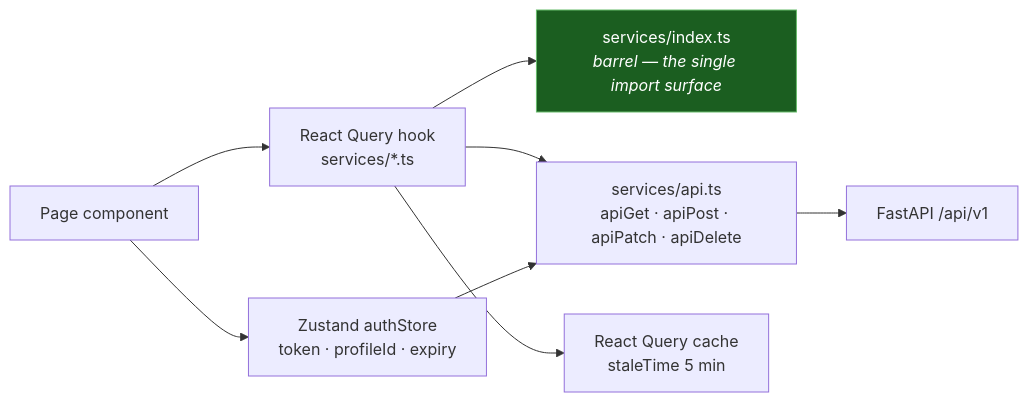
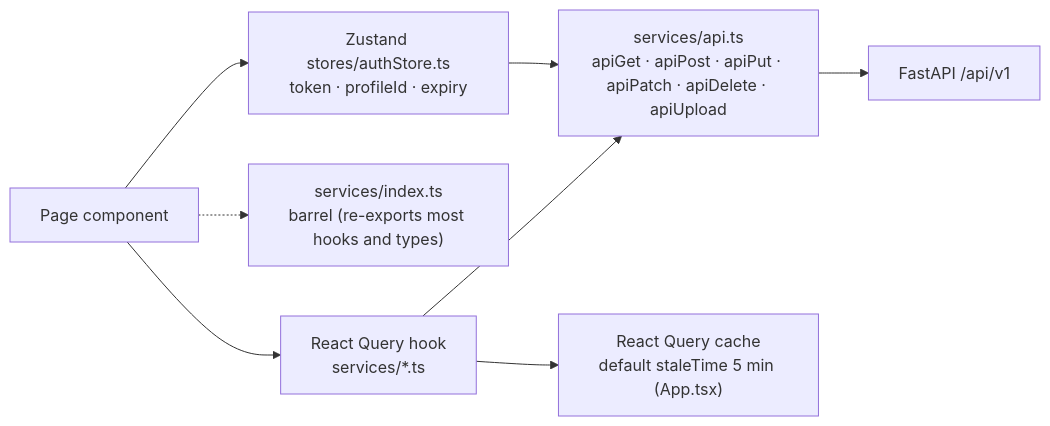
One commit to BrooklynD23/HealthCentral changed the third of 4 diagrams in docs/architecture/frontend.md. Above: the diagram before and after it, drawn with Mermaid. The commit also changed other lines of this file and 20 other files, not shown here.

````diff
--- a/docs/architecture/frontend.md
+++ b/docs/architecture/frontend.md
@@ -58,14 +106,12 @@
 ```mermaid
 flowchart LR
     PAGE["Page component"] --> HOOK["React Query hook<br/>services/*.ts"]
-    HOOK --> BARREL["services/index.ts<br/><i>barrel — the single import surface</i>"]
-    HOOK --> CLIENT["services/api.ts<br/>apiGet · apiPost · apiPatch · apiDelete"]
+    HOOK --> CLIENT["services/api.ts<br/>apiGet · apiPost · apiPut · apiPatch · apiDelete · apiUpload"]
     CLIENT --> BACKEND["FastAPI /api/v1"]
+    PAGE -.-> BARREL["services/index.ts<br/>barrel (re-exports most hooks and types)"]
 
-    PAGE --> STORE["Zustand authStore<br/>token · profileId · expiry"]
+    PAGE --> STORE["Zustand stores/authStore.ts<br/>token · profileId · expiry"]
     STORE --> CLIENT
 
-    HOOK --> CACHE["React Query cache<br/>staleTime 5 min"]
-
-    style BARREL fill:#1b5e20,stroke:#66bb6a,color:#fff
+    HOOK --> CACHE["React Query cache<br/>default staleTime 5 min (App.tsx)"]
 ```
````
